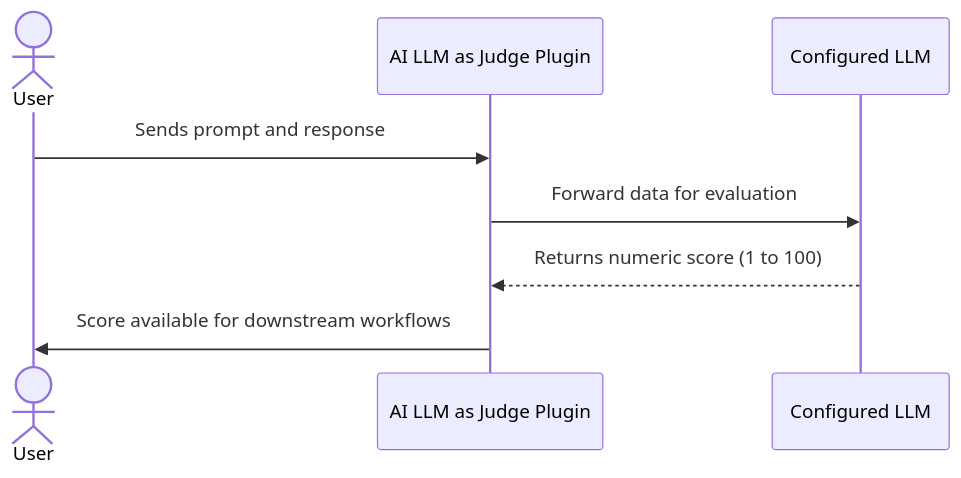
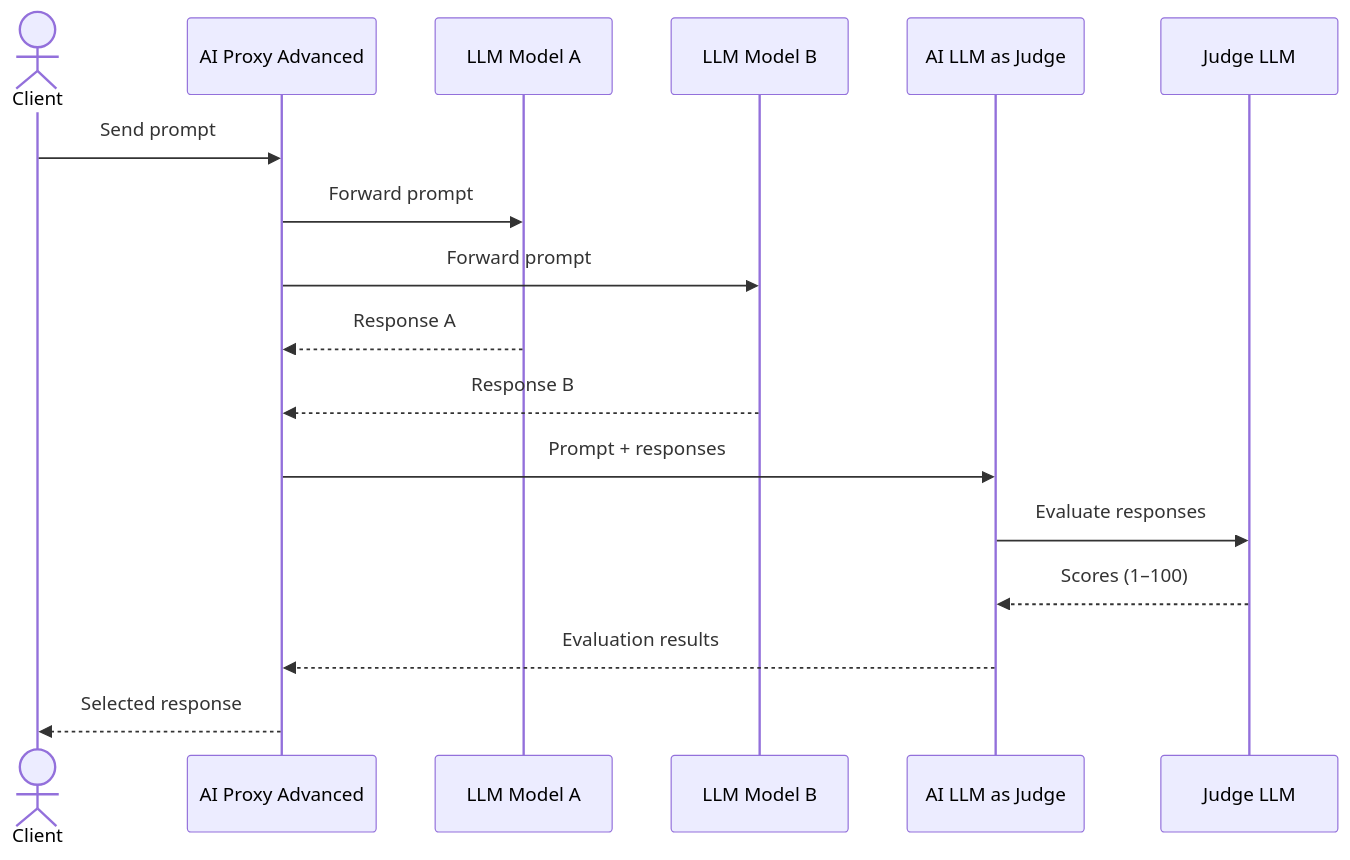
One commit to Kong/developer.konghq.com changed the diagram in app/_kong_plugins/ai-llm-as-judge/index.md. Above: the diagram before and after it, drawn with Mermaid. The commit also changed 1 other file, not shown here.

Commit message:
Update mermaid and add notes

```diff
--- a/app/_kong_plugins/ai-llm-as-judge/index.md
+++ b/app/_kong_plugins/ai-llm-as-judge/index.md
@@ -83,11 +83,21 @@
 {% mermaid %}
+
 sequenceDiagram
-    actor User as User
-    participant Plugin as AI LLM as Judge Plugin
-    participant LLM as Configured LLM
+    actor Client
+    participant AIP as AI Proxy Advanced
+    participant LLM_A as LLM Model A
+    participant LLM_B as LLM Model B
+    participant Judge as AI LLM as Judge
+    participant JudgeLLM as Judge LLM
 
-    User->>Plugin: Sends prompt and response
-    Plugin->>LLM: Forward data for evaluation
-    LLM-->>Plugin: Returns numeric score (1 to 100)
-    Plugin->>User: Score available for downstream workflows
+    Client->>AIP: Send prompt
+    AIP->>LLM_A: Forward prompt
+    AIP->>LLM_B: Forward prompt
+    LLM_A-->>AIP: Response A
+    LLM_B-->>AIP: Response B
+    AIP->>Judge: Prompt + responses
+    Judge->>JudgeLLM: Evaluate responses
+    JudgeLLM-->>Judge: Scores (1–100)
+    Judge-->>AIP: Evaluation results
+    AIP-->>Client: Selected response
 {% endmermaid %}
```
